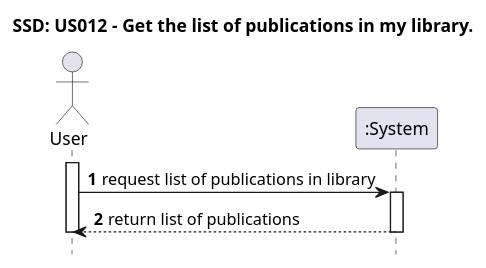
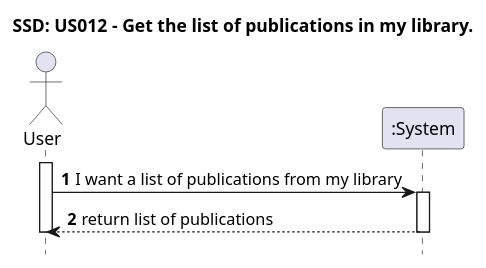
Before and after one commit to AndrePereiraGitH/SWitCH-Project-Team_A: the diagram in Diagrams/SequenceDiagrams/N1/SSD-US012-Get-List-Publications.puml, drawn with PlantUML. The commit also changed 2 other files, not shown here.

Commit message:
Working on #33 #34, made some minor alterations on the class and sequence diagrams

```diff
--- a/Diagrams/SequenceDiagrams/N1/SSD-US012-Get-List-Publications.puml
+++ b/Diagrams/SequenceDiagrams/N1/SSD-US012-Get-List-Publications.puml
@@ -1,19 +1,19 @@
 @startuml
 
 autonumber
 hide footbox
 title SSD: US012 - Get the list of publications in my library.
 
 actor "User" as User
 participant ":System" as System
 
 activate User
 
-    User -> System : request list of publications in library
+    User -> System : I want a list of publications from my library
     activate System
 
     System --> User : return list of publications
     deactivate System
 
 deactivate User
 @enduml
```
